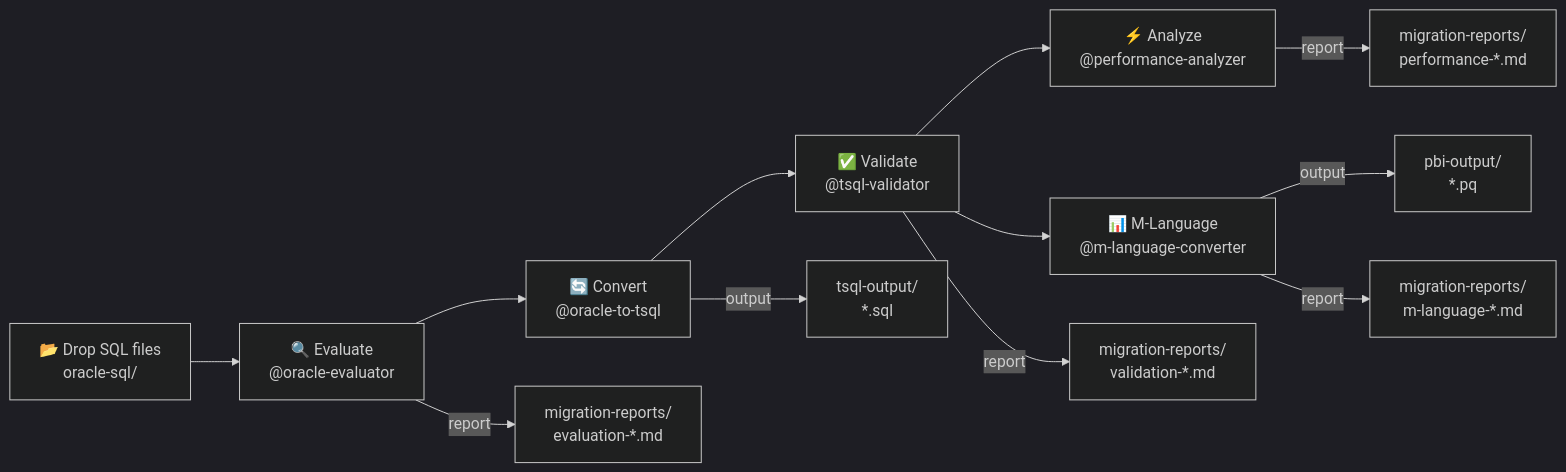
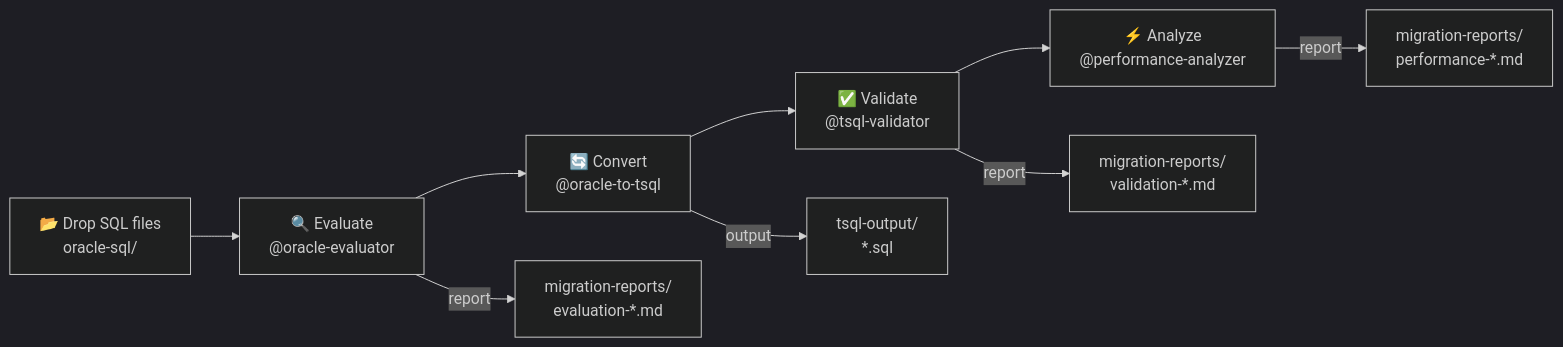
One commit to szenatti/oracle-to-tsql changed the first of 3 diagrams in README.md. Above: the diagram before and after it, drawn with Mermaid (dark theme). The commit also changed other lines of this file and 9 other files, not shown here.

First line of the commit message:
Refactor migration process to remove M-Language phase

````diff
--- a/README.md
+++ b/README.md
@@ -53,15 +50,12 @@
 ```mermaid
 flowchart LR
     A["📂 Drop SQL files\noracle-sql/"] --> B["🔍 Evaluate\n@oracle-evaluator"]
     B --> C["🔄 Convert\n@oracle-to-tsql"]
     C --> D["✅ Validate\n@tsql-validator"]
     D --> E["⚡ Analyze\n@performance-analyzer"]
-    D --> F["📊 M-Language\n@m-language-converter"]
 
     B -->|report| R1["migration-reports/\nevaluation-*.md"]
     C -->|output| R2["tsql-output/\n*.sql"]
     D -->|report| R3["migration-reports/\nvalidation-*.md"]
     E -->|report| R4["migration-reports/\nperformance-*.md"]
-    F -->|output| R5["pbi-output/\n*.pq"]
-    F -->|report| R6["migration-reports/\nm-language-*.md"]
 ```
````
